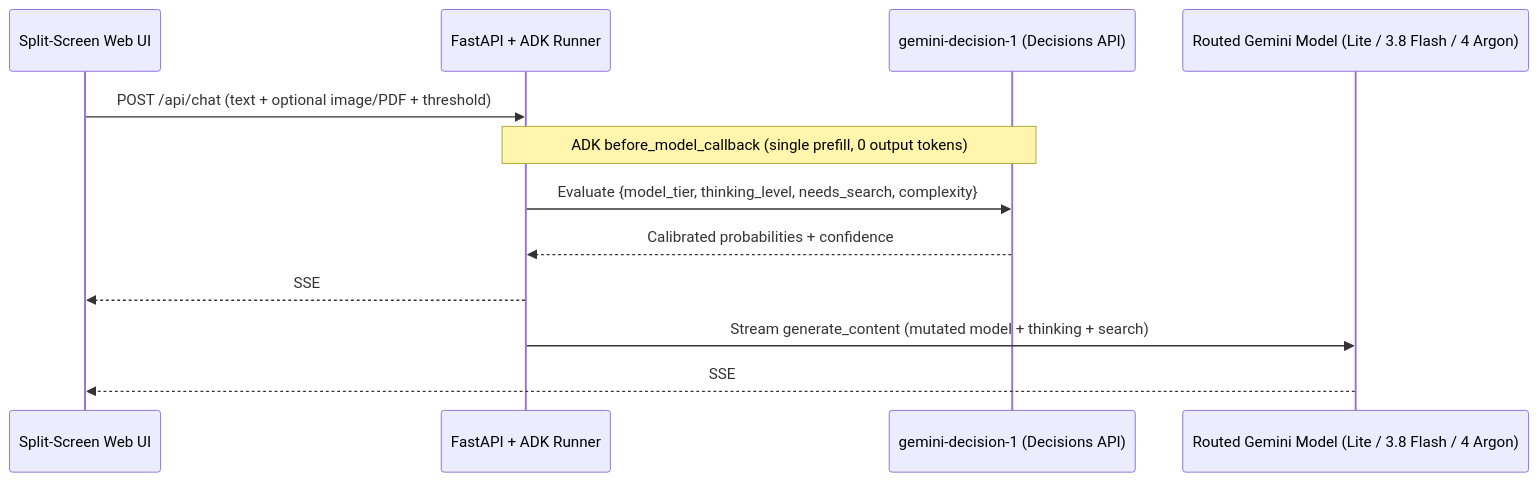
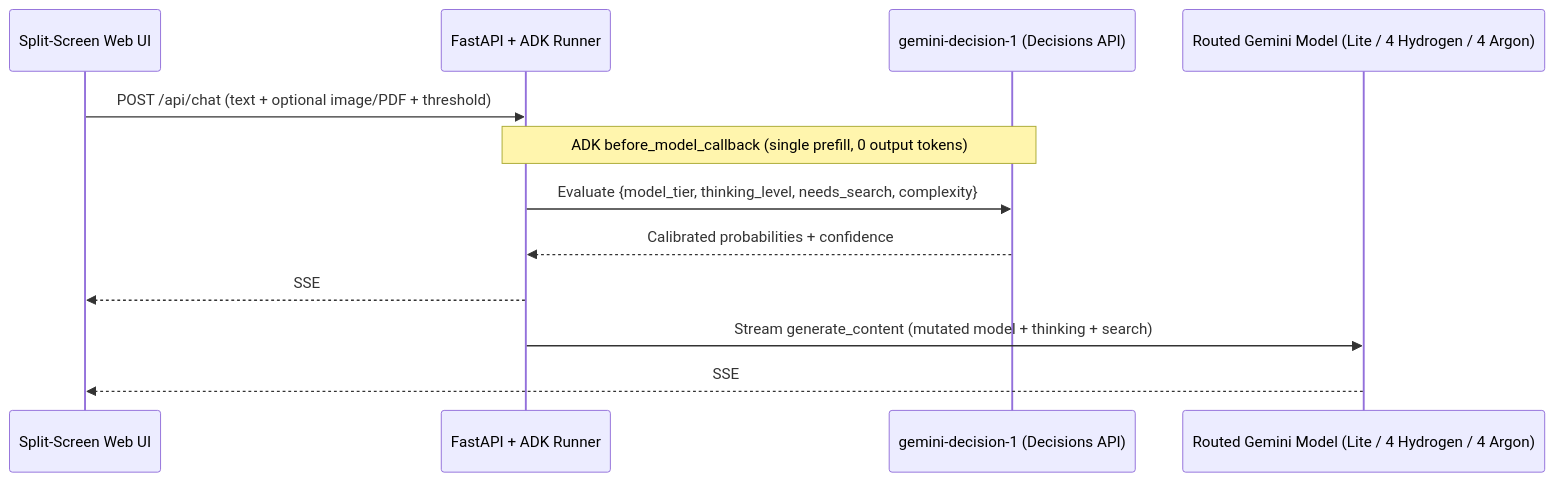
Before and after one commit to draculayuan/gemini-decision-router-demo: the diagram in README.md, drawn with Mermaid. The commit also changed other lines of this file and 8 other files, not shown here.

Commit message:
Upgrade middle routing tier from Gemini 3.8 Flash to Gemini 4 Hydrogen

````diff
--- a/README.md
+++ b/README.md
@@ -11,15 +11,15 @@
 ```mermaid
 sequenceDiagram
     participant UI as Split-Screen Web UI
     participant Server as FastAPI + ADK Runner
     participant GD1 as gemini-decision-1 (Decisions API)
-    participant Tier as Routed Gemini Model (Lite / 3.8 Flash / 4 Argon)
+    participant Tier as Routed Gemini Model (Lite / 4 Hydrogen / 4 Argon)
 
     UI->>Server: POST /api/chat (text + optional image/PDF + threshold)
     Note over Server,GD1: ADK before_model_callback (single prefill, 0 output tokens)
     Server->>GD1: Evaluate {model_tier, thinking_level, needs_search, complexity}
     GD1-->>Server: Calibrated probabilities + confidence
     Server-->>UI: SSE #1: Instant Routing HUD & Decision latency
     Server->>Tier: Stream generate_content (mutated model + thinking + search)
     Tier-->>UI: SSE #2..N: Token stream + Latency Waterfall + Cost savings
 ```
````
